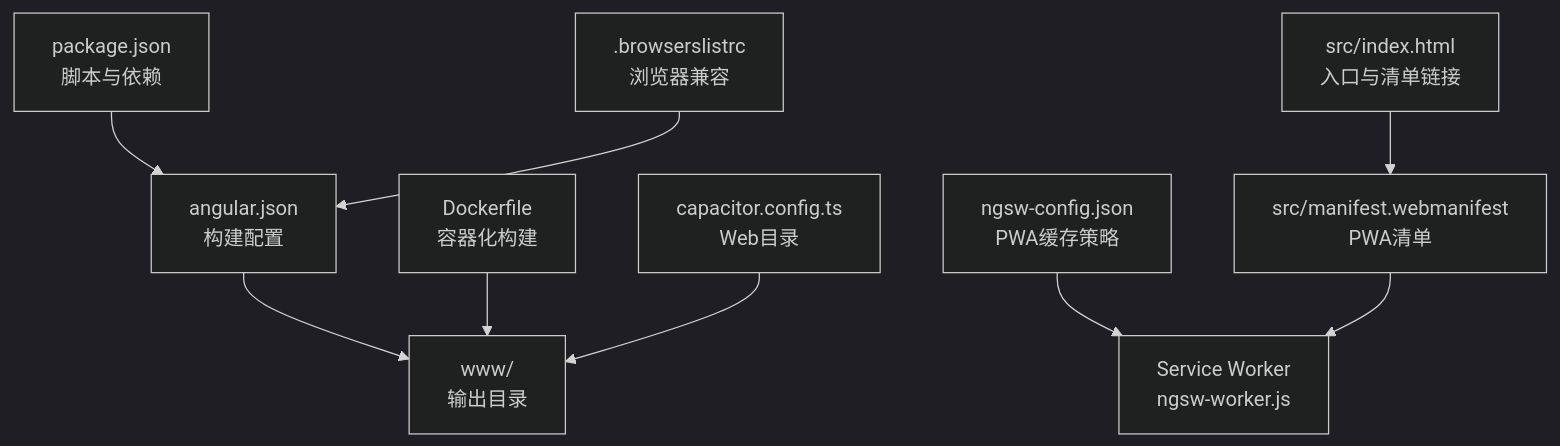
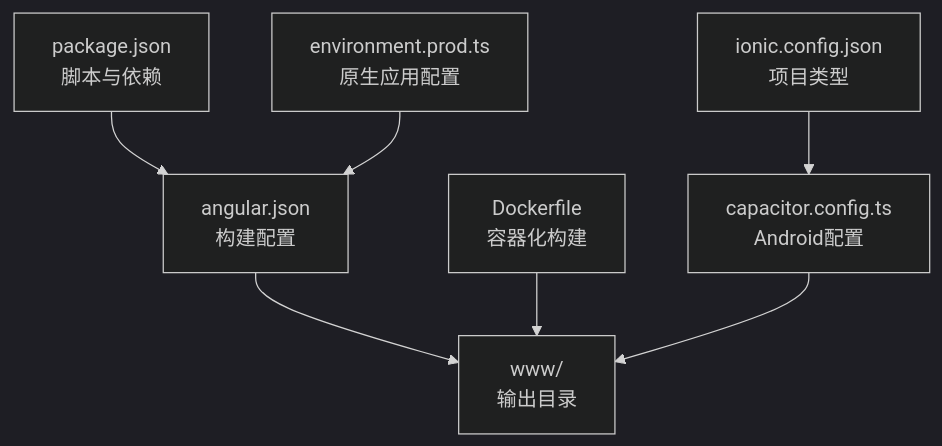
Before and after one commit to dingxyang/Macro-Deck-Client-App: the first of 5 diagrams in .qoder/repowiki/zh/content/构建与部署/平台部署/Web_PWA部署.md, drawn with Mermaid (dark theme). The commit also changed other lines of this file and 47 other files, not shown here.

````diff
--- a/.qoder/repowiki/zh/content/构建与部署/平台部署/Web_PWA部署.md
+++ b/.qoder/repowiki/zh/content/构建与部署/平台部署/Web_PWA部署.md
@@ -52,11 +49,9 @@
 ```mermaid
 graph TB
 A["angular.json<br/>构建配置"] --> B["www/<br/>输出目录"]
 C["package.json<br/>脚本与依赖"] --> A
-D["ngsw-config.json<br/>PWA缓存策略"] --> E["Service Worker<br/>ngsw-worker.js"]
-F["src/manifest.webmanifest<br/>PWA清单"] --> E
-G["Dockerfile<br/>容器化构建"] --> B
-H[".browserslistrc<br/>浏览器兼容"] --> A
-I["src/index.html<br/>入口与清单链接"] --> F
-J["capacitor.config.ts<br/>Web目录"] --> B
+D["Dockerfile<br/>容器化构建"] --> B
+E["capacitor.config.ts<br/>Android配置"] --> B
+F["ionic.config.json<br/>项目类型"] --> E
+G["environment.prod.ts<br/>原生应用配置"] --> A
 ```
````
